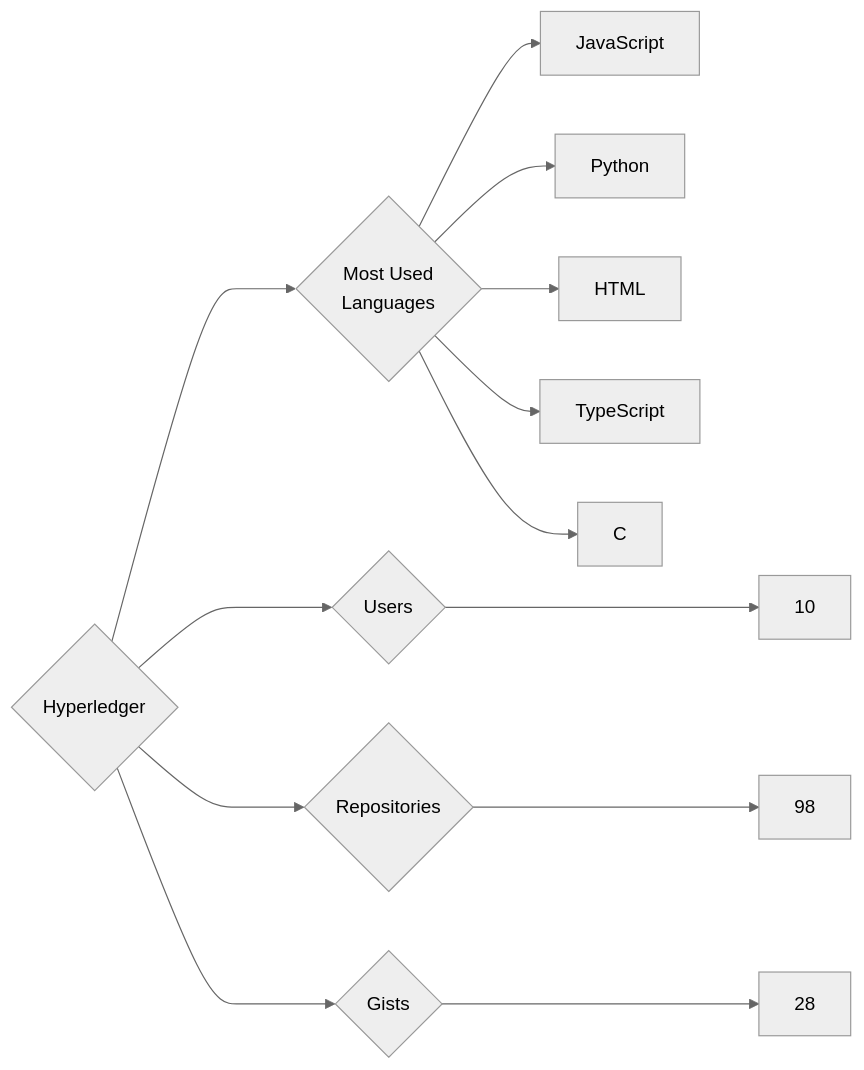
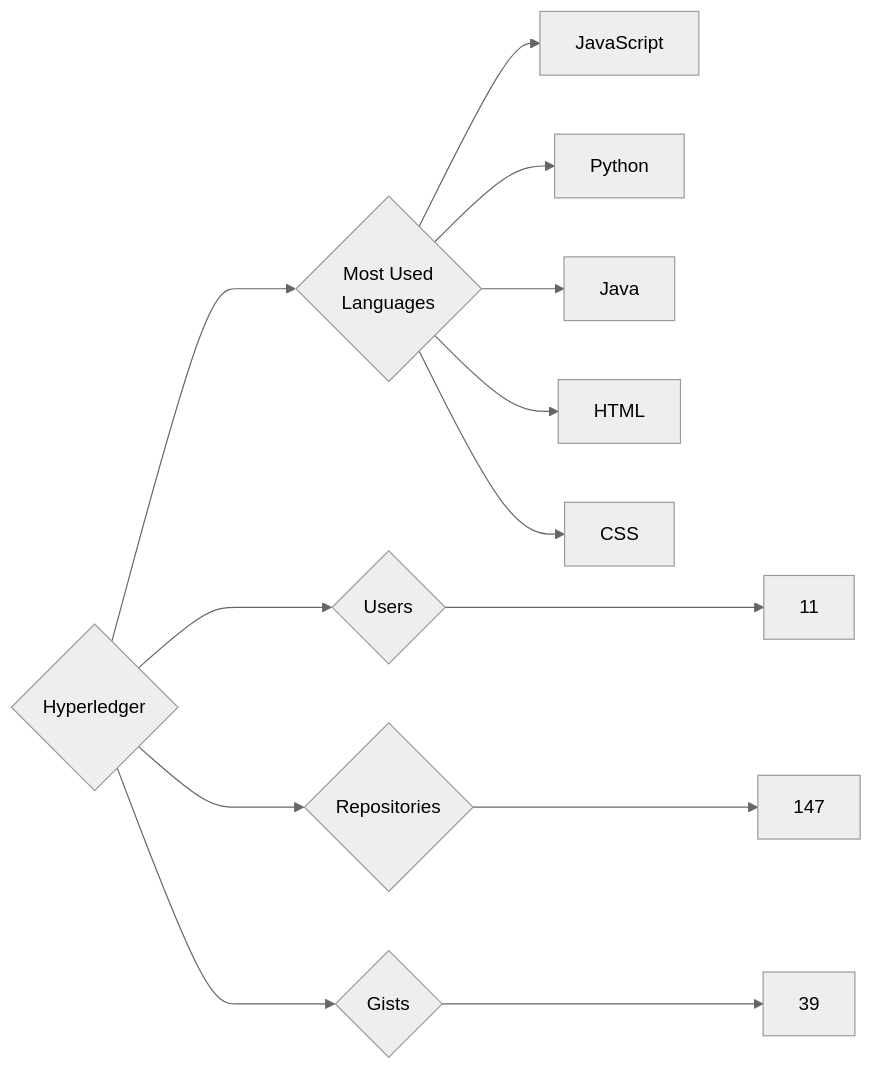
One commit to trickest/insiders changed the diagram in targets/Hyperledger/README.md. Above: the diagram before and after it, drawn with Mermaid (neutral theme). The commit also changed 1084 other files, not shown here.

````diff
--- a/targets/Hyperledger/README.md
+++ b/targets/Hyperledger/README.md
@@ -3,13 +3,13 @@
 ```mermaid
 graph LR
 COMPANY_NAME{Hyperledger}
-COMPANY_NAME ---> U{Users} ---> UN[10]
-COMPANY_NAME ---> R{Repositories} ---> RN[98]
-COMPANY_NAME ---> G{Gists} ---> GN[28]
+COMPANY_NAME ---> U{Users} ---> UN[11]
+COMPANY_NAME ---> R{Repositories} ---> RN[147]
+COMPANY_NAME ---> G{Gists} ---> GN[39]
 COMPANY_NAME ---> ML{Most Used<br>Languages}
 ML --> JavaScript[JavaScript]
 ML --> Python[Python]
+ML --> Java[Java]
 ML --> HTML[HTML]
-ML --> TypeScript[TypeScript]
-ML --> C[C]
+ML --> CSS[CSS]
 ```
````
